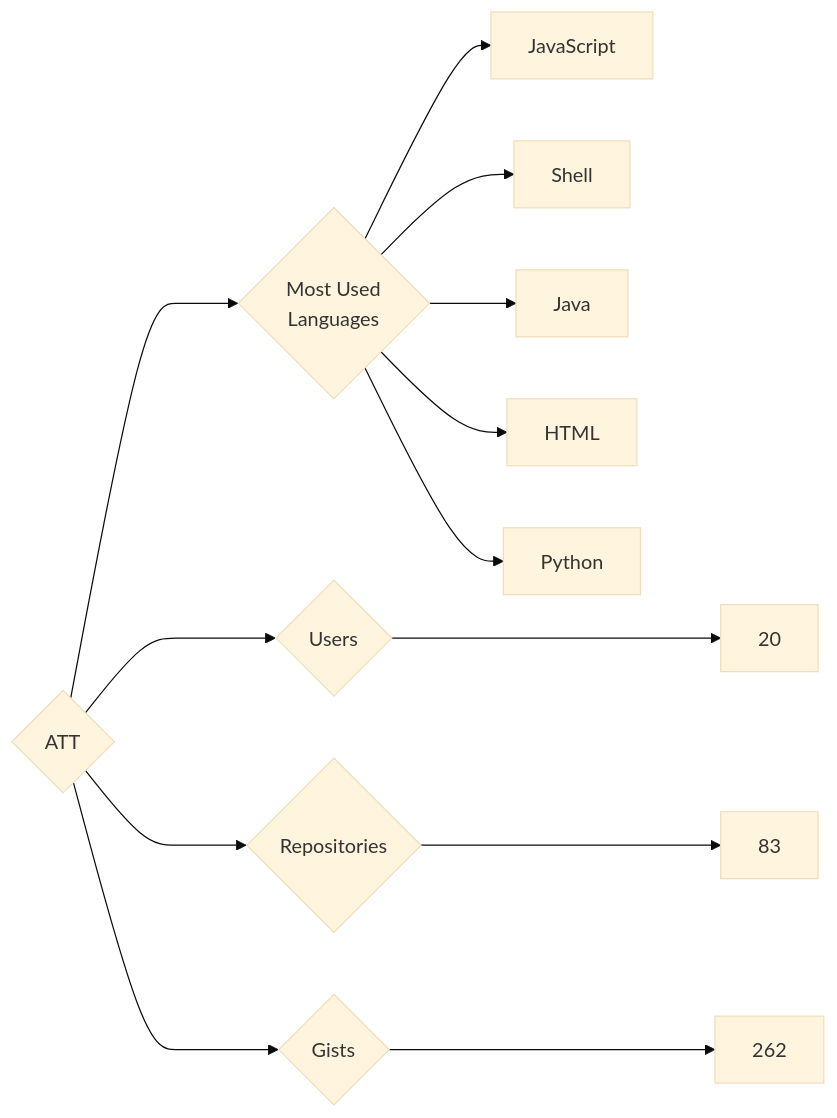
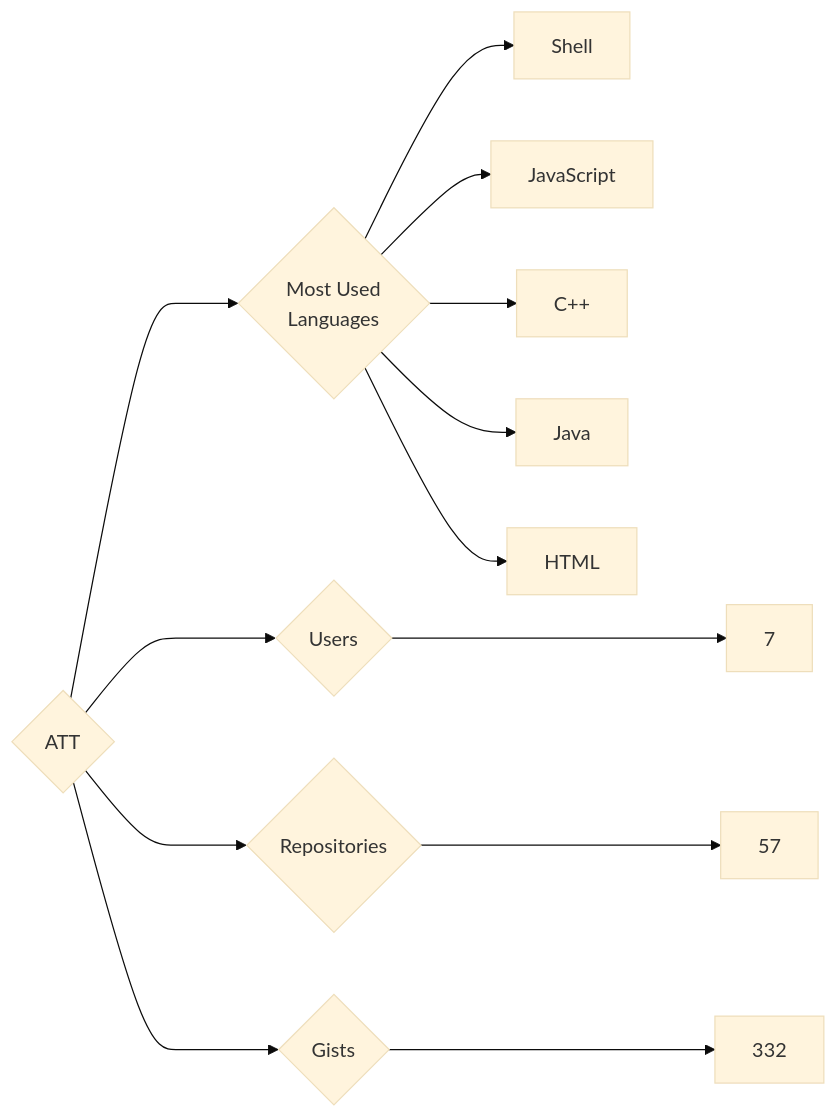
One commit to trickest/insiders changed the diagram in targets/ATT/README.md. Above: the diagram before and after it, drawn with Mermaid (base theme). The commit also changed 935 other files, not shown here.

````diff
--- a/targets/ATT/README.md
+++ b/targets/ATT/README.md
@@ -3,13 +3,13 @@
 ```mermaid
 graph LR
 COMPANY_NAME{ATT}
-COMPANY_NAME ---> U{Users} ---> UN[20]
-COMPANY_NAME ---> R{Repositories} ---> RN[83]
-COMPANY_NAME ---> G{Gists} ---> GN[262]
+COMPANY_NAME ---> U{Users} ---> UN[7]
+COMPANY_NAME ---> R{Repositories} ---> RN[57]
+COMPANY_NAME ---> G{Gists} ---> GN[332]
 COMPANY_NAME ---> ML{Most Used<br>Languages}
+ML --> Shell[Shell]
 ML --> JavaScript[JavaScript]
-ML --> Shell[Shell]
+ML --> C++[C++]
 ML --> Java[Java]
 ML --> HTML[HTML]
-ML --> Python[Python]
 ```
````
